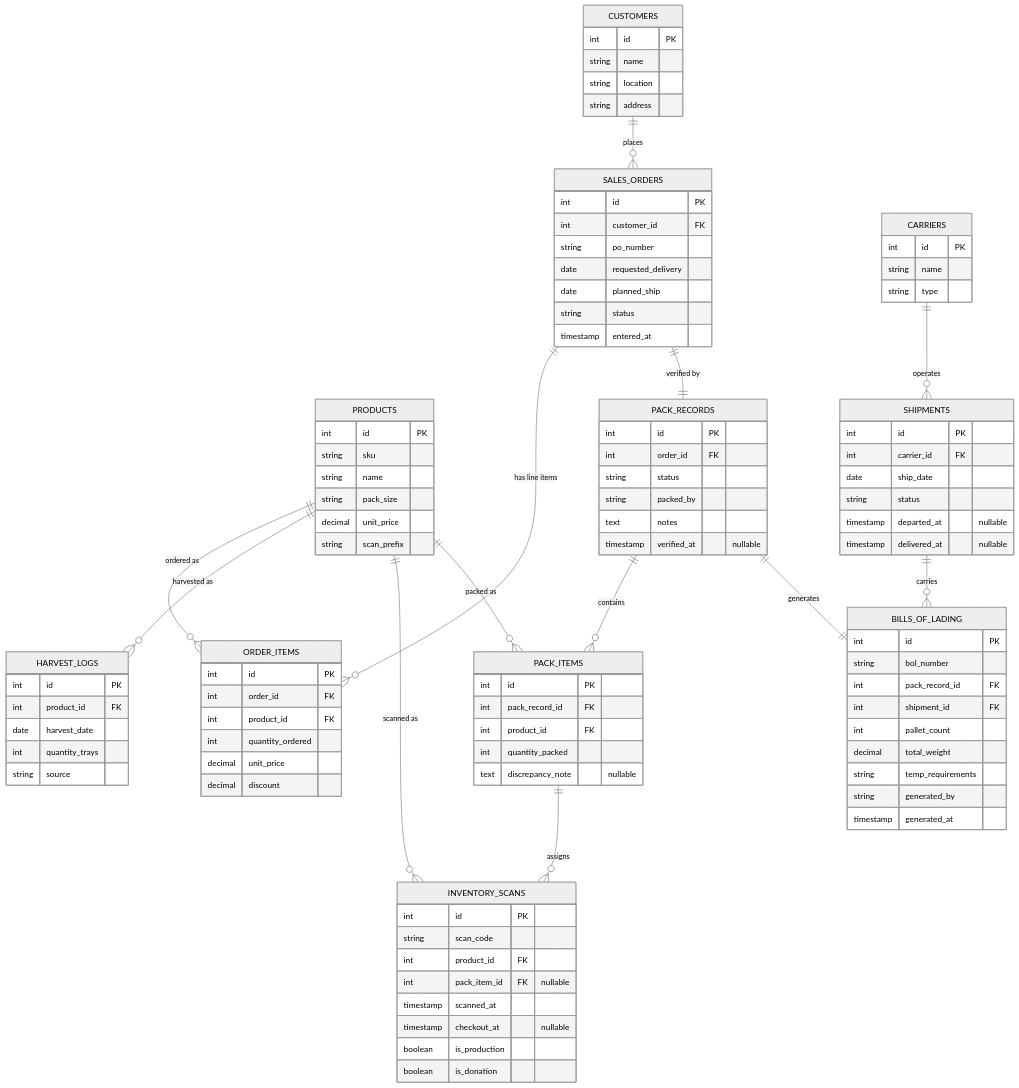
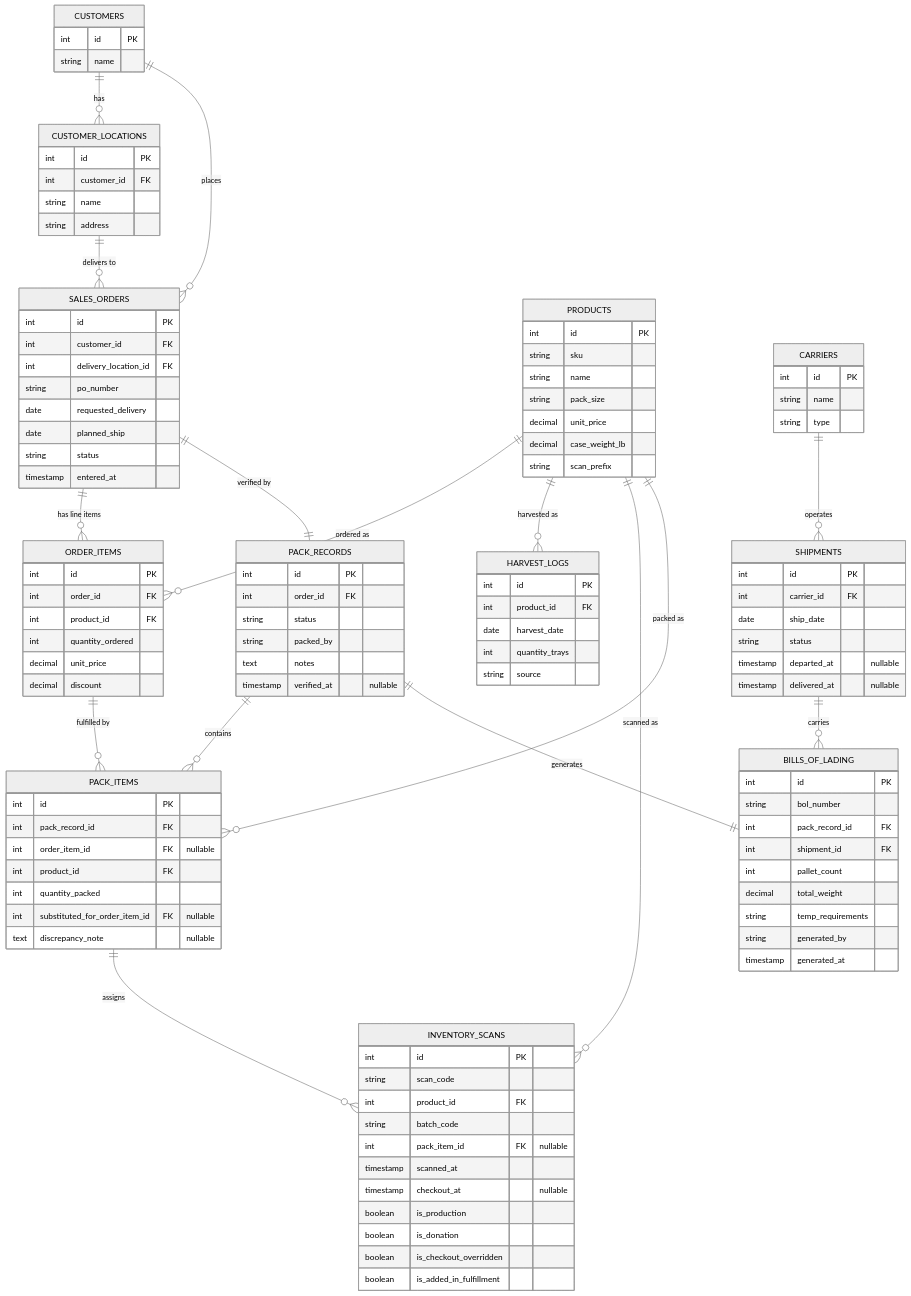
The diagram in HOLO_Data_Model.md (mathildepind/holo), drawn with Mermaid (neutral theme) before and after one commit. The commit also changed other lines of this file, not shown here.

````diff
--- a/HOLO_Data_Model.md
+++ b/HOLO_Data_Model.md
@@ -16,5 +16,7 @@
 ```mermaid
 erDiagram
+    CUSTOMERS ||--o{ CUSTOMER_LOCATIONS : "has"
+    CUSTOMER_LOCATIONS ||--o{ SALES_ORDERS : "delivers to"
     CUSTOMERS ||--o{ SALES_ORDERS : places
     SALES_ORDERS ||--o{ ORDER_ITEMS : "has line items"
     PRODUCTS ||--o{ ORDER_ITEMS : "ordered as"
@@ -23,6 +25,7 @@
     PRODUCTS ||--o{ PACK_ITEMS : "packed as"
     SALES_ORDERS ||--|| PACK_RECORDS : "verified by"
     PACK_RECORDS ||--o{ PACK_ITEMS : "contains"
+    ORDER_ITEMS ||--o{ PACK_ITEMS : "fulfilled by"
     PACK_ITEMS ||--o{ INVENTORY_SCANS : "assigns"
     PACK_RECORDS ||--|| BILLS_OF_LADING : "generates"
     SHIPMENTS ||--o{ BILLS_OF_LADING : "carries"
@@ -31,7 +34,11 @@
     CUSTOMERS {
         int id PK
         string name
-        string location
+    }
+    CUSTOMER_LOCATIONS {
+        int id PK
+        int customer_id FK
+        string name
         string address
     }
     PRODUCTS {
@@ -40,11 +47,13 @@
         string name
         string pack_size
         decimal unit_price
+        decimal case_weight_lb
         string scan_prefix
     }
     SALES_ORDERS {
         int id PK
         int customer_id FK
+        int delivery_location_id FK
         string po_number
         date requested_delivery
         date planned_ship
@@ -70,11 +79,14 @@
         int id PK
         string scan_code
         int product_id FK
+        string batch_code
         int pack_item_id FK "nullable"
         timestamp scanned_at
         timestamp checkout_at "nullable"
         boolean is_production
         boolean is_donation
+        boolean is_checkout_overridden
+        boolean is_added_in_fulfillment
     }
     PACK_RECORDS {
         int id PK
@@ -87,8 +99,10 @@
     PACK_ITEMS {
         int id PK
         int pack_record_id FK
+        int order_item_id FK "nullable"
         int product_id FK
         int quantity_packed
+        int substituted_for_order_item_id FK "nullable"
         text discrepancy_note "nullable"
     }
     BILLS_OF_LADING {
````
